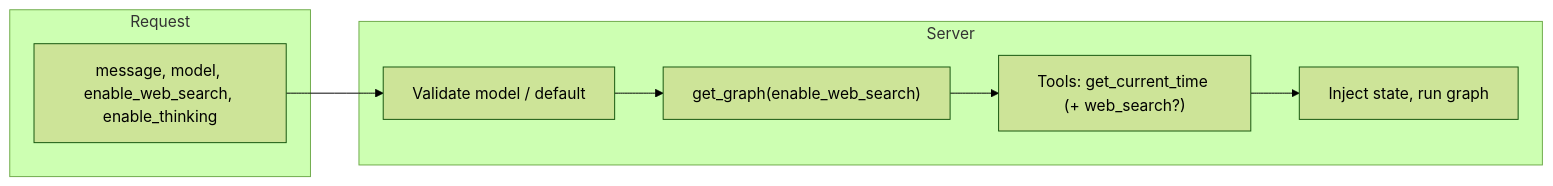
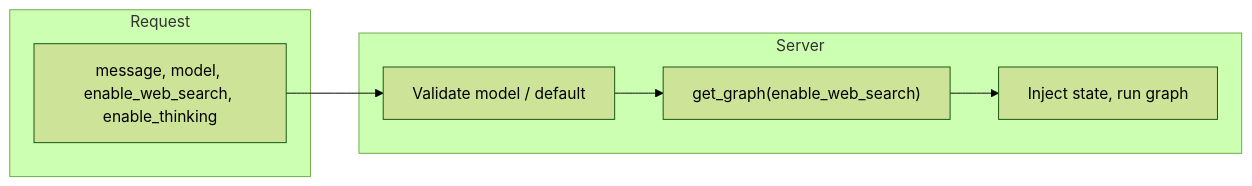
The first of 2 diagrams in README.md (1044387929-del/kamiu-agent), drawn with Mermaid (forest theme) before and after one commit. The commit also changed other lines of this file and 8 other files, not shown here.

````diff
--- a/README.md
+++ b/README.md
@@ -28,16 +31,14 @@
 ```mermaid
 flowchart LR
     subgraph Request
         A[message, model, enable_web_search, enable_thinking]
     end
     subgraph Server
         B[Validate model / default]
         C["get_graph(enable_web_search)"]
-        D["Tools: get_current_time (+ web_search?)"]
-        E[Inject state, run graph]
+        D[Inject state, run graph]
     end
     A --> B
     B --> C
     C --> D
-    D --> E
 ```
````
